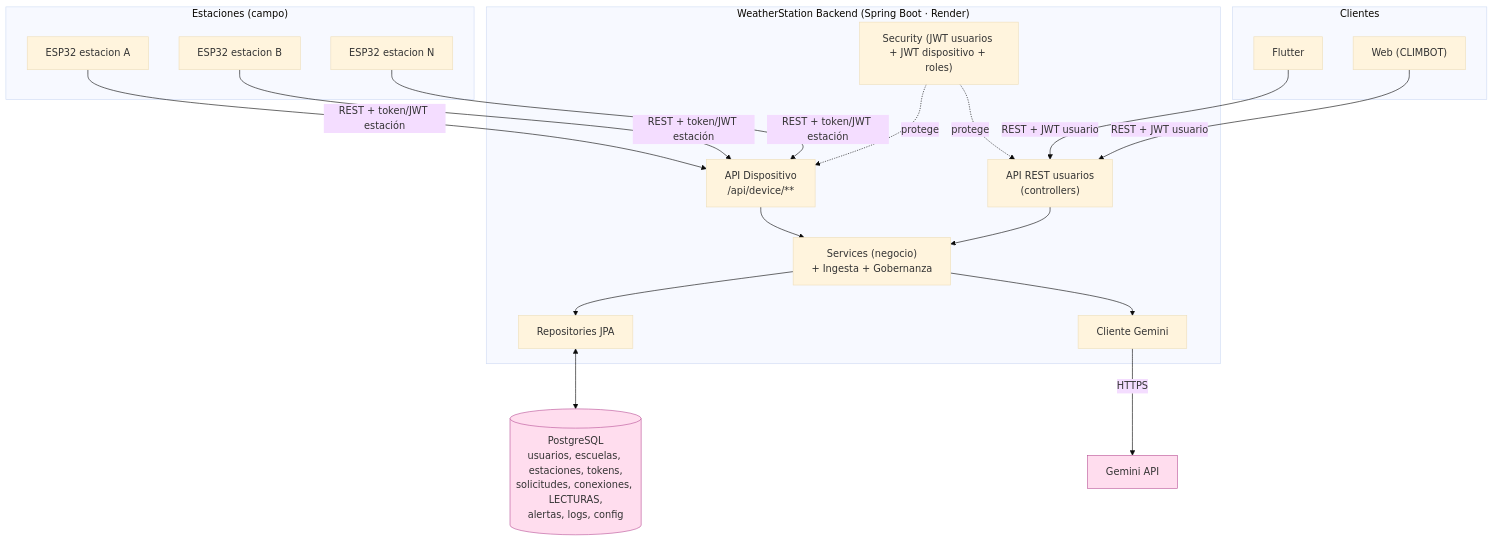
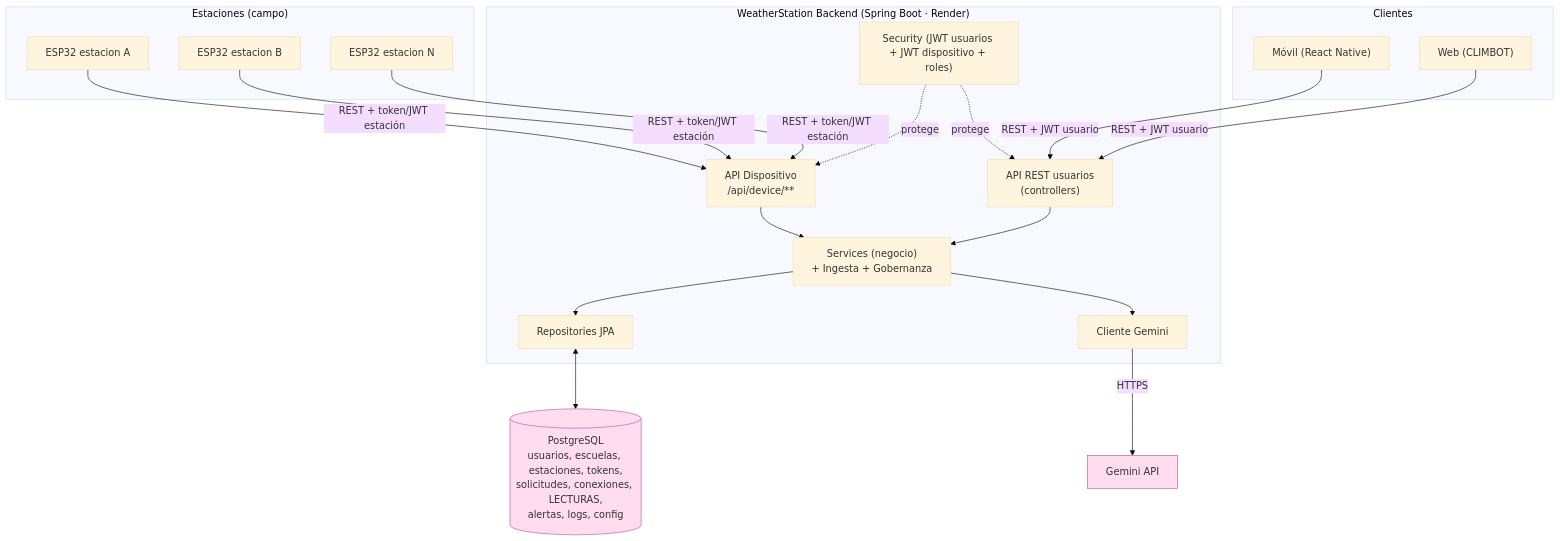
One commit to tony-gz/estacion-meteorologica-iot changed the first of 11 diagrams in specs/001-weatherstation-backend/diagramas.md. Above: the diagram before and after it, drawn with Mermaid (base theme). The commit also changed other lines of this file and 54 other files, not shown here.

First line of the commit message:
feat(spec): app móvil React Native (spec 002) y retiro de Flutter/Firebase

````diff
--- a/specs/001-weatherstation-backend/diagramas.md
+++ b/specs/001-weatherstation-backend/diagramas.md
@@ -13,39 +13,39 @@
 ```mermaid
 flowchart TB
     subgraph Campo["Estaciones (campo)"]
         ESP1["ESP32 estacion A"]
         ESP2["ESP32 estacion B"]
         ESPn["ESP32 estacion N"]
     end
 
     subgraph Backend["WeatherStation Backend (Spring Boot · Render)"]
         DEV["API Dispositivo\n/api/device/**"]
         API["API REST usuarios\n(controllers)"]
         SVC["Services (negocio)\n+ Ingesta + Gobernanza"]
         GADP["Cliente Gemini"]
         REPO["Repositories JPA"]
         SEC["Security (JWT usuarios + JWT dispositivo + roles)"]
     end
 
     PG[("PostgreSQL\nusuarios, escuelas, estaciones, tokens,\nsolicitudes, conexiones, LECTURAS,\nalertas, logs, config")]
     GEM["Gemini API"]
 
     subgraph Clientes
-        FL["Flutter"]
+        FL["Móvil (React Native)"]
         WEB["Web (CLIMBOT)"]
     end
 
     ESP1 & ESP2 & ESPn -- "REST + token/JWT estación" --> DEV
     DEV --> SVC
     API --> SVC
     SVC --> REPO
     REPO <--> PG
     SVC --> GADP
     GADP -- "HTTPS" --> GEM
     SEC -. protege .-> API
     SEC -. protege .-> DEV
     FL & WEB -- "REST + JWT usuario" --> API
 
     classDef ext fill:#fde,stroke:#b59;
     class GEM,PG ext;
 ```
````
